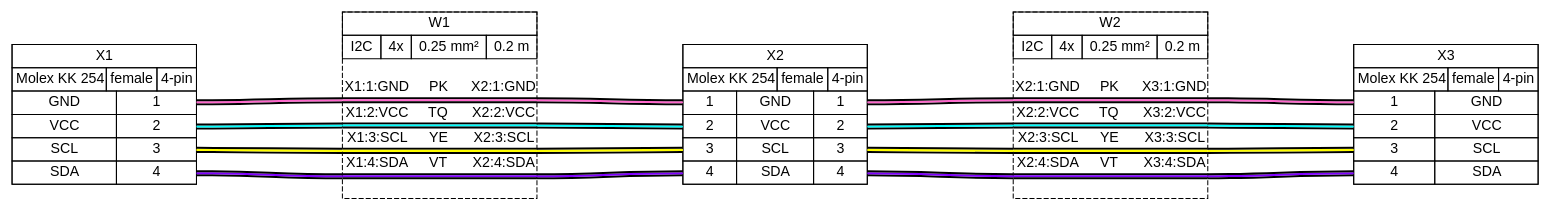
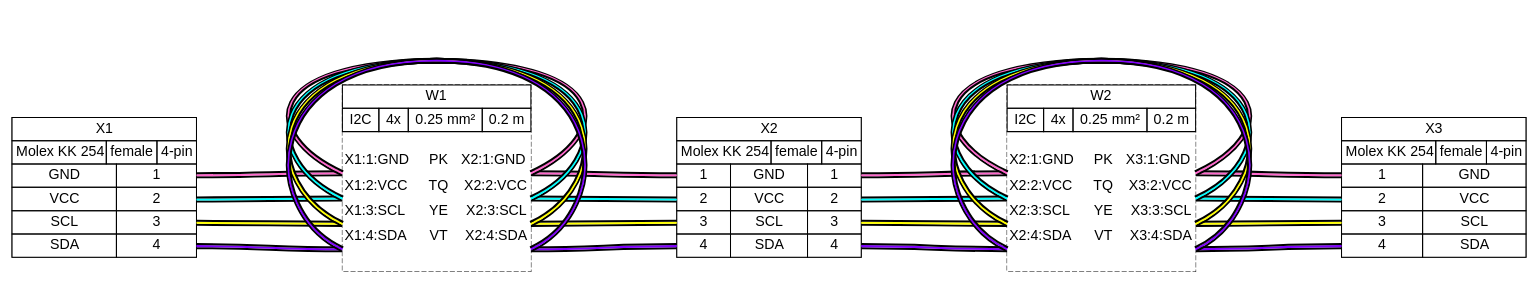
The diagram in examples/ex05.gv (wireviz/WireViz), drawn with Graphviz before and after one commit. The commit also changed 172 other files, not shown here.

```diff
--- a/examples/ex05.gv
+++ b/examples/ex05.gv
@@ -1,317 +1,451 @@
 graph {
-// Graph generated by WireViz 0.4-dev
+// Graph generated by WireViz 0.4-dev251
 // https://github.com/formatc1702/WireViz
 	graph [bgcolor="#FFFFFF" fontname=arial nodesep=0.33 rankdir=LR ranksep=2]
 	node [fillcolor="#FFFFFF" fontname=arial height=0 margin=0 shape=none style=filled width=0]
 	edge [fontname=arial style=bold]
 	X1 [label=<
-<table border="0" cellspacing="0" cellpadding="0">
- <tr><td>
-  <table border="0" cellspacing="0" cellpadding="3" cellborder="1"><tr>
-   <td balign="left">X1</td>
-  </tr></table>
- </td></tr>
- <tr><td>
-  <table border="0" cellspacing="0" cellpadding="3" cellborder="1"><tr>
-   <td balign="left">Molex KK 254</td>
-   <td balign="left">female</td>
-   <td balign="left">4-pin</td>
-  </tr></table>
- </td></tr>
- <tr><td>
-  <table border="0" cellspacing="0" cellpadding="3" cellborder="1">
-   <tr>
-    <td>GND</td>
-    <td port="p1r">1</td>
-   </tr>
-   <tr>
-    <td>VCC</td>
-    <td port="p2r">2</td>
-   </tr>
-   <tr>
-    <td>SCL</td>
-    <td port="p3r">3</td>
-   </tr>
-   <tr>
-    <td>SDA</td>
-    <td port="p4r">4</td>
-   </tr>
-  </table>
- </td></tr>
+<table border="0" cellspacing="0" cellpadding="0" bgcolor="#FFFFFF">
+ <tr>
+  <td>
+   <table border="0" cellborder="1" cellpadding="3" cellspacing="0">
+    <tr>
+     <td>X1</td>
+    </tr>
+   </table>
+  </td>
+ </tr>
+ <tr>
+  <td>
+   <table border="0" cellborder="1" cellpadding="3" cellspacing="0">
+    <tr>
+     <td>Molex KK 254</td>
+     <td>female</td>
+     <td>4-pin</td>
+    </tr>
+   </table>
+  </td>
+ </tr>
+ <tr>
+  <td>
+   <table border="0" cellborder="1" cellpadding="3" cellspacing="0">
+    <tr>
+     <td>GND</td>
+     []
+     <td port="p1r">1</td>
+    </tr>
+    <tr>
+     <td>VCC</td>
+     []
+     <td port="p2r">2</td>
+    </tr>
+    <tr>
+     <td>SCL</td>
+     []
+     <td port="p3r">3</td>
+    </tr>
+    <tr>
+     <td>SDA</td>
+     []
+     <td port="p4r">4</td>
+    </tr>
+   </table>
+  </td>
+ </tr>
 </table>
-> fillcolor="#FFFFFF" shape=box style=filled]
+> shape=box style=filled]
 	X2 [label=<
-<table border="0" cellspacing="0" cellpadding="0">
- <tr><td>
-  <table border="0" cellspacing="0" cellpadding="3" cellborder="1"><tr>
-   <td balign="left">X2</td>
-  </tr></table>
- </td></tr>
- <tr><td>
-  <table border="0" cellspacing="0" cellpadding="3" cellborder="1"><tr>
-   <td balign="left">Molex KK 254</td>
-   <td balign="left">female</td>
-   <td balign="left">4-pin</td>
-  </tr></table>
- </td></tr>
- <tr><td>
-  <table border="0" cellspacing="0" cellpadding="3" cellborder="1">
-   <tr>
-    <td port="p1l">1</td>
-    <td>GND</td>
-    <td port="p1r">1</td>
-   </tr>
-   <tr>
-    <td port="p2l">2</td>
-    <td>VCC</td>
-    <td port="p2r">2</td>
-   </tr>
-   <tr>
-    <td port="p3l">3</td>
-    <td>SCL</td>
-    <td port="p3r">3</td>
-   </tr>
-   <tr>
-    <td port="p4l">4</td>
-    <td>SDA</td>
-    <td port="p4r">4</td>
-   </tr>
-  </table>
- </td></tr>
+<table border="0" cellspacing="0" cellpadding="0" bgcolor="#FFFFFF">
+ <tr>
+  <td>
+   <table border="0" cellborder="1" cellpadding="3" cellspacing="0">
+    <tr>
+     <td>X2</td>
+    </tr>
+   </table>
+  </td>
+ </tr>
+ <tr>
+  <td>
+   <table border="0" cellborder="1" cellpadding="3" cellspacing="0">
+    <tr>
+     <td>Molex KK 254</td>
+     <td>female</td>
+     <td>4-pin</td>
+    </tr>
+   </table>
+  </td>
+ </tr>
+ <tr>
+  <td>
+   <table border="0" cellborder="1" cellpadding="3" cellspacing="0">
+    <tr>
+     <td port="p1l">1</td>
+     <td>GND</td>
+     []
+     <td port="p1r">1</td>
+    </tr>
+    <tr>
+     <td port="p2l">2</td>
+     <td>VCC</td>
+     []
+     <td port="p2r">2</td>
+    </tr>
+    <tr>
+     <td port="p3l">3</td>
+     <td>SCL</td>
+     []
+     <td port="p3r">3</td>
+    </tr>
+    <tr>
+     <td port="p4l">4</td>
+     <td>SDA</td>
+     []
+     <td port="p4r">4</td>
+    </tr>
+   </table>
+  </td>
+ </tr>
 </table>
-> fillcolor="#FFFFFF" shape=box style=filled]
+> shape=box style=filled]
 	X3 [label=<
-<table border="0" cellspacing="0" cellpadding="0">
- <tr><td>
-  <table border="0" cellspacing="0" cellpadding="3" cellborder="1"><tr>
-   <td balign="left">X3</td>
-  </tr></table>
- </td></tr>
- <tr><td>
-  <table border="0" cellspacing="0" cellpadding="3" cellborder="1"><tr>
-   <td balign="left">Molex KK 254</td>
-   <td balign="left">female</td>
-   <td balign="left">4-pin</td>
-  </tr></table>
- </td></tr>
- <tr><td>
-  <table border="0" cellspacing="0" cellpadding="3" cellborder="1">
-   <tr>
-    <td port="p1l">1</td>
-    <td>GND</td>
-   </tr>
-   <tr>
-    <td port="p2l">2</td>
-    <td>VCC</td>
-   </tr>
-   <tr>
-    <td port="p3l">3</td>
-    <td>SCL</td>
-   </tr>
-   <tr>
-    <td port="p4l">4</td>
-    <td>SDA</td>
-   </tr>
-  </table>
- </td></tr>
+<table border="0" cellspacing="0" cellpadding="0" bgcolor="#FFFFFF">
+ <tr>
+  <td>
+   <table border="0" cellborder="1" cellpadding="3" cellspacing="0">
+    <tr>
+     <td>X3</td>
+    </tr>
+   </table>
+  </td>
+ </tr>
+ <tr>
+  <td>
+   <table border="0" cellborder="1" cellpadding="3" cellspacing="0">
+    <tr>
+     <td>Molex KK 254</td>
+     <td>female</td>
+     <td>4-pin</td>
+    </tr>
+   </table>
+  </td>
+ </tr>
+ <tr>
+  <td>
+   <table border="0" cellborder="1" cellpadding="3" cellspacing="0">
+    <tr>
+     <td port="p1l">1</td>
+     <td>GND</td>
+     []
+    </tr>
+    <tr>
+     <td port="p2l">2</td>
+     <td>VCC</td>
+     []
+    </tr>
+    <tr>
+     <td port="p3l">3</td>
+     <td>SCL</td>
+     []
+    </tr>
+    <tr>
+     <td port="p4l">4</td>
+     <td>SDA</td>
+     []
+    </tr>
+   </table>
+  </td>
+ </tr>
 </table>
-> fillcolor="#FFFFFF" shape=box style=filled]
-	edge [color="#000000:#ff66cc:#000000"]
+> shape=box style=filled]
+	W1 [label=<
+<table border="0" cellspacing="0" cellpadding="0" bgcolor="#FFFFFF">
+ <tr>
+  <td>
+   <table border="0" cellborder="1" cellpadding="3" cellspacing="0">
+    <tr>
+     <td>W1</td>
+    </tr>
+   </table>
+  </td>
+ </tr>
+ <tr>
+  <td>
+   <table border="0" cellborder="1" cellpadding="3" cellspacing="0">
+    <tr>
+     <td>I2C</td>
+     <td>4x</td>
+     <td>0.25 mm²</td>
+     <td>0.2 m</td>
+    </tr>
+   </table>
+  </td>
+ </tr>
+ <tr>
+  <td>
+   <table border="0" cellborder="0" cellspacing="0">
+    <tr>
+     <td>&nbsp;</td>
+    </tr>
+    <tr>
+     <td align="left"> X1:1:GND</td>
+     <td> </td>
+     <td></td>
+     <td>PK</td>
+     <td> </td>
+     <td align="right">X2:1:GND </td>
+    </tr>
+    <tr>
+     <td border="0" cellspacing="0" cellpadding="0" colspan="6" height="6" port="w1">
+      <table border="0" cellborder="0" cellspacing="0">
+       <tr>
+        <td bgcolor="#FFFFFF" border="0" cellpadding="0" colspan="6" height="2"></td>
+       </tr>
+       <tr>
+        <td bgcolor="#FFFFFF" border="0" cellpadding="0" colspan="6" height="2"></td>
+       </tr>
+       <tr>
+        <td bgcolor="#FFFFFF" border="0" cellpadding="0" colspan="6" height="2"></td>
+       </tr>
+      </table>
+     </td>
+    </tr>
+    <tr>
+     <td align="left"> X1:2:VCC</td>
+     <td> </td>
+     <td></td>
+     <td>TQ</td>
+     <td> </td>
+     <td align="right">X2:2:VCC </td>
+    </tr>
+    <tr>
+     <td border="0" cellspacing="0" cellpadding="0" colspan="6" height="6" port="w2">
+      <table border="0" cellborder="0" cellspacing="0">
+       <tr>
+        <td bgcolor="#FFFFFF" border="0" cellpadding="0" colspan="6" height="2"></td>
+       </tr>
+       <tr>
+        <td bgcolor="#FFFFFF" border="0" cellpadding="0" colspan="6" height="2"></td>
+       </tr>
+       <tr>
+        <td bgcolor="#FFFFFF" border="0" cellpadding="0" colspan="6" height="2"></td>
+       </tr>
+      </table>
+     </td>
+    </tr>
+    <tr>
+     <td align="left"> X1:3:SCL</td>
+     <td> </td>
+     <td></td>
+     <td>YE</td>
+     <td> </td>
+     <td align="right">X2:3:SCL </td>
+    </tr>
+    <tr>
+     <td border="0" cellspacing="0" cellpadding="0" colspan="6" height="6" port="w3">
+      <table border="0" cellborder="0" cellspacing="0">
+       <tr>
+        <td bgcolor="#FFFFFF" border="0" cellpadding="0" colspan="6" height="2"></td>
+       </tr>
+       <tr>
+        <td bgcolor="#FFFFFF" border="0" cellpadding="0" colspan="6" height="2"></td>
+       </tr>
+       <tr>
+        <td bgcolor="#FFFFFF" border="0" cellpadding="0" colspan="6" height="2"></td>
+       </tr>
+      </table>
+     </td>
+    </tr>
+    <tr>
+     <td align="left"> X1:4:SDA</td>
+     <td> </td>
+     <td></td>
+     <td>VT</td>
+     <td> </td>
+     <td align="right">X2:4:SDA </td>
+    </tr>
+    <tr>
+     <td border="0" cellspacing="0" cellpadding="0" colspan="6" height="6" port="w4">
+      <table border="0" cellborder="0" cellspacing="0">
+       <tr>
+        <td bgcolor="#FFFFFF" border="0" cellpadding="0" colspan="6" height="2"></td>
+       </tr>
+       <tr>
+        <td bgcolor="#FFFFFF" border="0" cellpadding="0" colspan="6" height="2"></td>
+       </tr>
+       <tr>
+        <td bgcolor="#FFFFFF" border="0" cellpadding="0" colspan="6" height="2"></td>
+       </tr>
+      </table>
+     </td>
+    </tr>
+    <tr>
+     <td>&nbsp;</td>
+    </tr>
+   </table>
+  </td>
+ </tr>
+</table>
+> shape=box style="filled,dashed"]
+	edge [color="#000000:#FF66CC:#000000"]
 	X1:p1r:e -- W1:w1:w
 	W1:w1:e -- X2:p1l:w
-	edge [color="#000000:#00ffff:#000000"]
+	edge [color="#000000:#00FFFF:#000000"]
 	X1:p2r:e -- W1:w2:w
 	W1:w2:e -- X2:p2l:w
-	edge [color="#000000:#ffff00:#000000"]
+	edge [color="#000000:#FFFF00:#000000"]
 	X1:p3r:e -- W1:w3:w
 	W1:w3:e -- X2:p3l:w
-	edge [color="#000000:#8000ff:#000000"]
+	edge [color="#000000:#8000FF:#000000"]
 	X1:p4r:e -- W1:w4:w
 	W1:w4:e -- X2:p4l:w
-	W1 [label=<
-<table border="0" cellspacing="0" cellpadding="0">
- <tr><td>
-  <table border="0" cellspacing="0" cellpadding="3" cellborder="1"><tr>
-   <td balign="left">W1</td>
-  </tr></table>
- </td></tr>
- <tr><td>
-  <table border="0" cellspacing="0" cellpadding="3" cellborder="1"><tr>
-   <td balign="left">I2C</td>
-   <td balign="left">4x</td>
-   <td balign="left">0.25 mm²</td>
-   <td balign="left">0.2 m</td>
-  </tr></table>
- </td></tr>
- <tr><td>
-  <table border="0" cellspacing="0" cellborder="0">
-   <tr><td>&nbsp;</td></tr>
-   <tr>
-    <td>X1:1:GND</td>
-    <td>
-     PK
-    </td>
-    <td>X2:1:GND</td>
-   </tr>
-   <tr>
-    <td colspan="3" border="0" cellspacing="0" cellpadding="0" port="w1" height="6">
-     <table cellspacing="0" cellborder="0" border="0">
-      <tr><td colspan="3" cellpadding="0" height="2" bgcolor="#000000" border="0"></td></tr>
-      <tr><td colspan="3" cellpadding="0" height="2" bgcolor="#ff66cc" border="0"></td></tr>
-      <tr><td colspan="3" cellpadding="0" height="2" bgcolor="#000000" border="0"></td></tr>
-     </table>
-    </td>
-   </tr>
-   <tr>
-    <td>X1:2:VCC</td>
-    <td>
-     TQ
-    </td>
-    <td>X2:2:VCC</td>
-   </tr>
-   <tr>
-    <td colspan="3" border="0" cellspacing="0" cellpadding="0" port="w2" height="6">
-     <table cellspacing="0" cellborder="0" border="0">
-      <tr><td colspan="3" cellpadding="0" height="2" bgcolor="#000000" border="0"></td></tr>
-      <tr><td colspan="3" cellpadding="0" height="2" bgcolor="#00ffff" border="0"></td></tr>
-      <tr><td colspan="3" cellpadding="0" height="2" bgcolor="#000000" border="0"></td></tr>
-     </table>
-    </td>
-   </tr>
-   <tr>
-    <td>X1:3:SCL</td>
-    <td>
-     YE
-    </td>
-    <td>X2:3:SCL</td>
-   </tr>
-   <tr>
-    <td colspan="3" border="0" cellspacing="0" cellpadding="0" port="w3" height="6">
-     <table cellspacing="0" cellborder="0" border="0">
-      <tr><td colspan="3" cellpadding="0" height="2" bgcolor="#000000" border="0"></td></tr>
-      <tr><td colspan="3" cellpadding="0" height="2" bgcolor="#ffff00" border="0"></td></tr>
-      <tr><td colspan="3" cellpadding="0" height="2" bgcolor="#000000" border="0"></td></tr>
-     </table>
-    </td>
-   </tr>
-   <tr>
-    <td>X1:4:SDA</td>
-    <td>
-     VT
-    </td>
-    <td>X2:4:SDA</td>
-   </tr>
-   <tr>
-    <td colspan="3" border="0" cellspacing="0" cellpadding="0" port="w4" height="6">
-     <table cellspacing="0" cellborder="0" border="0">
-      <tr><td colspan="3" cellpadding="0" height="2" bgcolor="#000000" border="0"></td></tr>
-      <tr><td colspan="3" cellpadding="0" height="2" bgcolor="#8000ff" border="0"></td></tr>
-      <tr><td colspan="3" cellpadding="0" height="2" bgcolor="#000000" border="0"></td></tr>
-     </table>
-    </td>
-   </tr>
-   <tr><td>&nbsp;</td></tr>
-  </table>
- </td></tr>
+	W1:w1:e -- W1:w1:w [color="#000000:#FF66CC:#000000" straight=straight]
+	W1:w2:e -- W1:w2:w [color="#000000:#00FFFF:#000000" straight=straight]
+	W1:w3:e -- W1:w3:w [color="#000000:#FFFF00:#000000" straight=straight]
+	W1:w4:e -- W1:w4:w [color="#000000:#8000FF:#000000" straight=straight]
+	W2 [label=<
+<table border="0" cellspacing="0" cellpadding="0" bgcolor="#FFFFFF">
+ <tr>
+  <td>
+   <table border="0" cellborder="1" cellpadding="3" cellspacing="0">
+    <tr>
+     <td>W2</td>
+    </tr>
+   </table>
+  </td>
+ </tr>
+ <tr>
+  <td>
+   <table border="0" cellborder="1" cellpadding="3" cellspacing="0">
+    <tr>
+     <td>I2C</td>
+     <td>4x</td>
+     <td>0.25 mm²</td>
+     <td>0.2 m</td>
+    </tr>
+   </table>
+  </td>
+ </tr>
+ <tr>
+  <td>
+   <table border="0" cellborder="0" cellspacing="0">
+    <tr>
+     <td>&nbsp;</td>
+    </tr>
+    <tr>
+     <td align="left"> X2:1:GND</td>
+     <td> </td>
+     <td></td>
+     <td>PK</td>
+     <td> </td>
+     <td align="right">X3:1:GND </td>
+    </tr>
+    <tr>
+     <td border="0" cellspacing="0" cellpadding="0" colspan="6" height="6" port="w1">
+      <table border="0" cellborder="0" cellspacing="0">
+       <tr>
+        <td bgcolor="#FFFFFF" border="0" cellpadding="0" colspan="6" height="2"></td>
+       </tr>
+       <tr>
+        <td bgcolor="#FFFFFF" border="0" cellpadding="0" colspan="6" height="2"></td>
+       </tr>
+       <tr>
+        <td bgcolor="#FFFFFF" border="0" cellpadding="0" colspan="6" height="2"></td>
+       </tr>
+      </table>
+     </td>
+    </tr>
+    <tr>
+     <td align="left"> X2:2:VCC</td>
+     <td> </td>
+     <td></td>
+     <td>TQ</td>
+     <td> </td>
+     <td align="right">X3:2:VCC </td>
+    </tr>
+    <tr>
+     <td border="0" cellspacing="0" cellpadding="0" colspan="6" height="6" port="w2">
+      <table border="0" cellborder="0" cellspacing="0">
+       <tr>
+        <td bgcolor="#FFFFFF" border="0" cellpadding="0" colspan="6" height="2"></td>
+       </tr>
+       <tr>
+        <td bgcolor="#FFFFFF" border="0" cellpadding="0" colspan="6" height="2"></td>
+       </tr>
+       <tr>
+        <td bgcolor="#FFFFFF" border="0" cellpadding="0" colspan="6" height="2"></td>
+       </tr>
+      </table>
+     </td>
+    </tr>
+    <tr>
+     <td align="left"> X2:3:SCL</td>
+     <td> </td>
+     <td></td>
+     <td>YE</td>
+     <td> </td>
+     <td align="right">X3:3:SCL </td>
+    </tr>
+    <tr>
+     <td border="0" cellspacing="0" cellpadding="0" colspan="6" height="6" port="w3">
+      <table border="0" cellborder="0" cellspacing="0">
+       <tr>
+        <td bgcolor="#FFFFFF" border="0" cellpadding="0" colspan="6" height="2"></td>
+       </tr>
+       <tr>
+        <td bgcolor="#FFFFFF" border="0" cellpadding="0" colspan="6" height="2"></td>
+       </tr>
+       <tr>
+        <td bgcolor="#FFFFFF" border="0" cellpadding="0" colspan="6" height="2"></td>
+       </tr>
+      </table>
+     </td>
+    </tr>
+    <tr>
+     <td align="left"> X2:4:SDA</td>
+     <td> </td>
+     <td></td>
+     <td>VT</td>
+     <td> </td>
+     <td align="right">X3:4:SDA </td>
+    </tr>
+    <tr>
+     <td border="0" cellspacing="0" cellpadding="0" colspan="6" height="6" port="w4">
+      <table border="0" cellborder="0" cellspacing="0">
+       <tr>
+        <td bgcolor="#FFFFFF" border="0" cellpadding="0" colspan="6" height="2"></td>
+       </tr>
+       <tr>
+        <td bgcolor="#FFFFFF" border="0" cellpadding="0" colspan="6" height="2"></td>
+       </tr>
+       <tr>
+        <td bgcolor="#FFFFFF" border="0" cellpadding="0" colspan="6" height="2"></td>
+       </tr>
+      </table>
+     </td>
+    </tr>
+    <tr>
+     <td>&nbsp;</td>
+    </tr>
+   </table>
+  </td>
+ </tr>
 </table>
-> fillcolor="#FFFFFF" shape=box style="filled,dashed"]
-	edge [color="#000000:#ff66cc:#000000"]
+> shape=box style="filled,dashed"]
+	edge [color="#000000:#FF66CC:#000000"]
 	X2:p1r:e -- W2:w1:w
 	W2:w1:e -- X3:p1l:w
-	edge [color="#000000:#00ffff:#000000"]
+	edge [color="#000000:#00FFFF:#000000"]
 	X2:p2r:e -- W2:w2:w
 	W2:w2:e -- X3:p2l:w
-	edge [color="#000000:#ffff00:#000000"]
+	edge [color="#000000:#FFFF00:#000000"]
 	X2:p3r:e -- W2:w3:w
 	W2:w3:e -- X3:p3l:w
-	edge [color="#000000:#8000ff:#000000"]
+	edge [color="#000000:#8000FF:#000000"]
 	X2:p4r:e -- W2:w4:w
 	W2:w4:e -- X3:p4l:w
-	W2 [label=<
-<table border="0" cellspacing="0" cellpadding="0">
- <tr><td>
-  <table border="0" cellspacing="0" cellpadding="3" cellborder="1"><tr>
-   <td balign="left">W2</td>
-  </tr></table>
- </td></tr>
- <tr><td>
-  <table border="0" cellspacing="0" cellpadding="3" cellborder="1"><tr>
-   <td balign="left">I2C</td>
-   <td balign="left">4x</td>
-   <td balign="left">0.25 mm²</td>
-   <td balign="left">0.2 m</td>
-  </tr></table>
- </td></tr>
- <tr><td>
-  <table border="0" cellspacing="0" cellborder="0">
-   <tr><td>&nbsp;</td></tr>
-   <tr>
-    <td>X2:1:GND</td>
-    <td>
-     PK
-    </td>
-    <td>X3:1:GND</td>
-   </tr>
-   <tr>
-    <td colspan="3" border="0" cellspacing="0" cellpadding="0" port="w1" height="6">
-     <table cellspacing="0" cellborder="0" border="0">
-      <tr><td colspan="3" cellpadding="0" height="2" bgcolor="#000000" border="0"></td></tr>
-      <tr><td colspan="3" cellpadding="0" height="2" bgcolor="#ff66cc" border="0"></td></tr>
-      <tr><td colspan="3" cellpadding="0" height="2" bgcolor="#000000" border="0"></td></tr>
-     </table>
-    </td>
-   </tr>
-   <tr>
-    <td>X2:2:VCC</td>
-    <td>
-     TQ
-    </td>
-    <td>X3:2:VCC</td>
-   </tr>
-   <tr>
-    <td colspan="3" border="0" cellspacing="0" cellpadding="0" port="w2" height="6">
-     <table cellspacing="0" cellborder="0" border="0">
-      <tr><td colspan="3" cellpadding="0" height="2" bgcolor="#000000" border="0"></td></tr>
-      <tr><td colspan="3" cellpadding="0" height="2" bgcolor="#00ffff" border="0"></td></tr>
-      <tr><td colspan="3" cellpadding="0" height="2" bgcolor="#000000" border="0"></td></tr>
-     </table>
-    </td>
-   </tr>
-   <tr>
-    <td>X2:3:SCL</td>
-    <td>
-     YE
-    </td>
-    <td>X3:3:SCL</td>
-   </tr>
-   <tr>
-    <td colspan="3" border="0" cellspacing="0" cellpadding="0" port="w3" height="6">
-     <table cellspacing="0" cellborder="0" border="0">
-      <tr><td colspan="3" cellpadding="0" height="2" bgcolor="#000000" border="0"></td></tr>
-      <tr><td colspan="3" cellpadding="0" height="2" bgcolor="#ffff00" border="0"></td></tr>
-      <tr><td colspan="3" cellpadding="0" height="2" bgcolor="#000000" border="0"></td></tr>
-     </table>
-    </td>
-   </tr>
-   <tr>
-    <td>X2:4:SDA</td>
-    <td>
-     VT
-    </td>
-    <td>X3:4:SDA</td>
-   </tr>
-   <tr>
-    <td colspan="3" border="0" cellspacing="0" cellpadding="0" port="w4" height="6">
-     <table cellspacing="0" cellborder="0" border="0">
-      <tr><td colspan="3" cellpadding="0" height="2" bgcolor="#000000" border="0"></td></tr>
-      <tr><td colspan="3" cellpadding="0" height="2" bgcolor="#8000ff" border="0"></td></tr>
-      <tr><td colspan="3" cellpadding="0" height="2" bgcolor="#000000" border="0"></td></tr>
-     </table>
-    </td>
-   </tr>
-   <tr><td>&nbsp;</td></tr>
-  </table>
- </td></tr>
-</table>
-> fillcolor="#FFFFFF" shape=box style="filled,dashed"]
+	W2:w1:e -- W2:w1:w [color="#000000:#FF66CC:#000000" straight=straight]
+	W2:w2:e -- W2:w2:w [color="#000000:#00FFFF:#000000" straight=straight]
+	W2:w3:e -- W2:w3:w [color="#000000:#FFFF00:#000000" straight=straight]
+	W2:w4:e -- W2:w4:w [color="#000000:#8000FF:#000000" straight=straight]
 }
```
